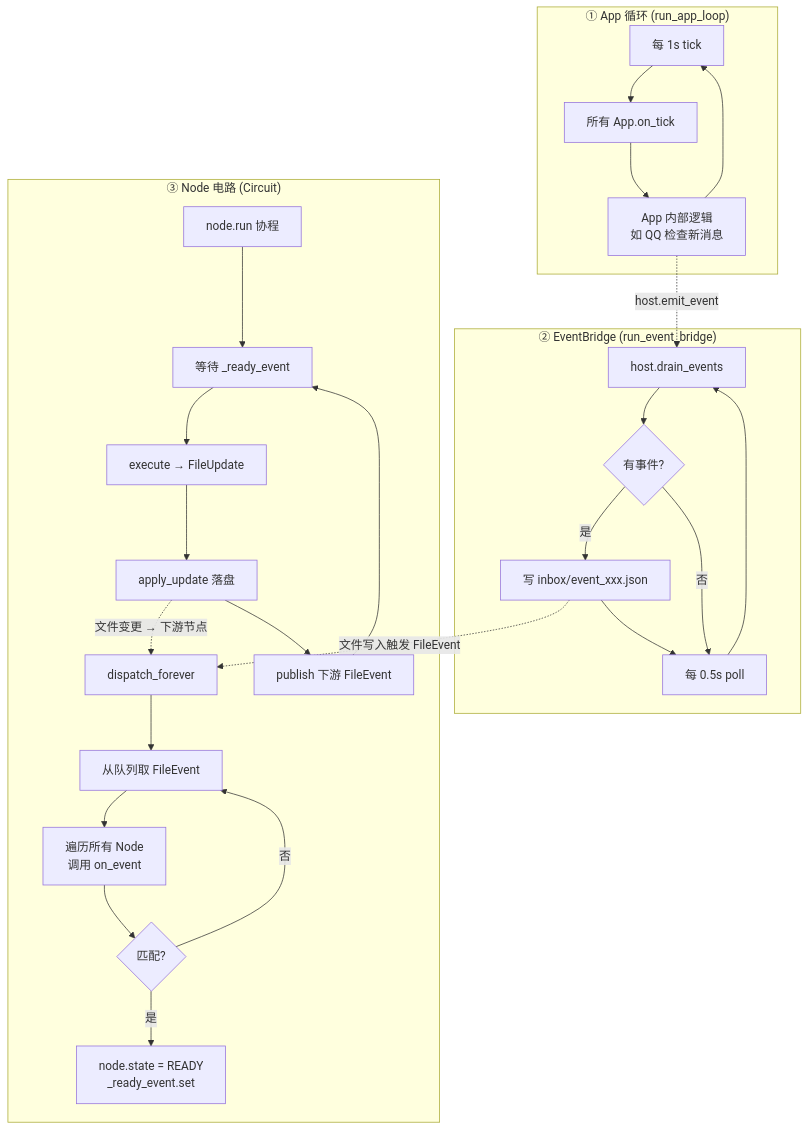
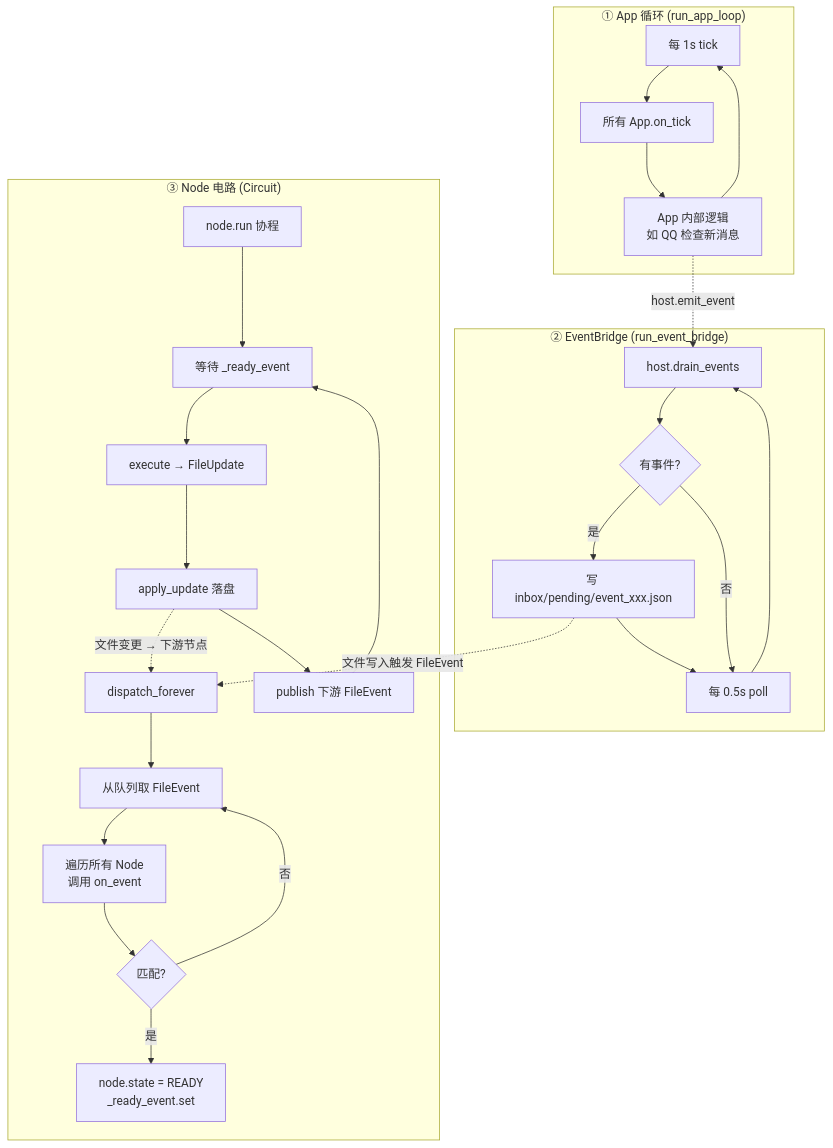
The second of 3 diagrams in appendix/kernel-runtime-flow.md (JuFireX/AuroraBot-docs), drawn with Mermaid before and after one commit. The commit also changed other lines of this file and 2 other files, not shown here.

````diff
--- a/appendix/kernel-runtime-flow.md
+++ b/appendix/kernel-runtime-flow.md
@@ -56,34 +46,34 @@
 ```mermaid
 graph TB
-    subgraph "① App 循环 (run_app_loop)"
+    subgraph A["① App 循环 (run_app_loop)"]
         A1[每 1s tick] --> A2[所有 App.on_tick]
         A2 --> A3[App 内部逻辑<br>如 QQ 检查新消息]
         A3 --> A1
     end
 
-    subgraph "② EventBridge (run_event_bridge)"
+    subgraph B["② EventBridge (run_event_bridge)"]
         B1[每 0.5s poll] --> B2[host.drain_events]
         B2 --> B3{有事件?}
-        B3 -->|是| B4[写 inbox/event_xxx.json]
+        B3 -->|是| B4[写 inbox/pending/event_xxx.json]
         B4 --> B1
         B3 -->|否| B1
     end
 
-    subgraph "③ Node 电路 (Circuit)"
+    subgraph C["③ Node 电路 (Circuit)"]
         C1[dispatch_forever] --> C2[从队列取 FileEvent]
         C2 --> C3[遍历所有 Node<br>调用 on_event]
         C3 --> C4{匹配?}
         C4 -->|是| C5[node.state = READY<br>_ready_event.set]
         C4 -->|否| C2
 
         C6[node.run 协程] --> C7[等待 _ready_event]
         C7 --> C8[execute → FileUpdate]
         C8 --> C9[apply_update 落盘]
         C9 --> C10[publish 下游 FileEvent]
         C10 --> C7
     end
 
     A3 -.->|host.emit_event| B2
     B4 -.->|文件写入触发 FileEvent| C1
     C9 -.->|文件变更 → 下游节点| C1
 ```
````
